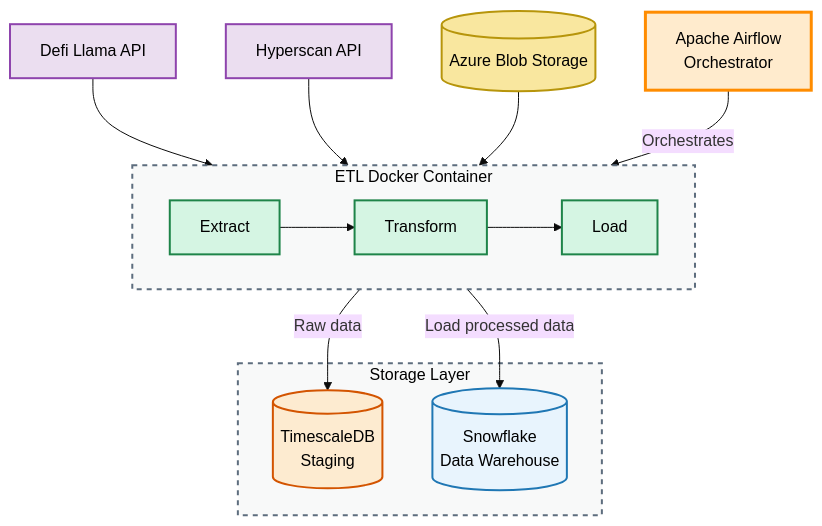
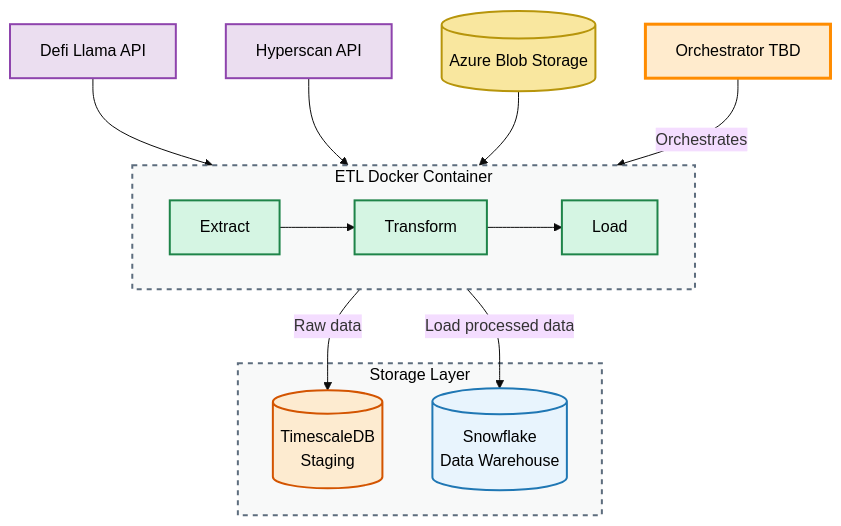
The diagram in README.md (jakobsym/hl_protocol_pipeline), drawn with Mermaid (base theme) before and after one commit.

````diff
--- a/README.md
+++ b/README.md
@@ -5,53 +5,53 @@
 ```mermaid
 flowchart TB
     %% Orchestrator
-    Airflow["Apache Airflow<br/>Orchestrator"]
+    Airflow["Orchestrator TBD"]
 
     %% Data Sources (No subgraph box)
     FinAPI1["Defi Llama API"]
     FinAPI2["Hyperscan API"]
     AzureBlob[("Azure Blob Storage")]
 
     %% ETL Process (Middle Level)
     subgraph ETLContainer["ETL Docker Container"]
         direction LR
         E["Extract"] --> T["Transform"]
         T --> L["Load"]
     end
 
     %% Storage Layer (Bottom Level)
     subgraph Storage["Storage Layer"]
         TimescaleDB[("TimescaleDB<br/>Staging")]
         Snowflake[("Snowflake<br/>Data Warehouse")]
     end
 
     %% Main orchestration flow
     Airflow -->|"Orchestrates"| ETLContainer
 
     %% Data flow from sources to ETL Extract
     FinAPI1 --> E
     FinAPI2 --> E
     AzureBlob --> E
 
     %% ETL data flow
     E -->|"Raw data"| TimescaleDB
     %%T -->|"Read staged data"| TimescaleDB
     L -->|"Load processed data"| Snowflake
 
     %% Styling with black text
     classDef orchestrator fill:#ffebcd,stroke:#ff8c00,stroke-width:3px,color:#000000
     classDef process fill:#d5f5e3,stroke:#1e8449,stroke-width:2px,color:#000000
     classDef database fill:#fdebd0,stroke:#d35400,stroke-width:2px,color:#000000
     classDef warehouse fill:#e8f4fd,stroke:#1f77b4,stroke-width:2px,color:#000000
     classDef storage fill:#f9e79f,stroke:#b7950b,stroke-width:2px,color:#000000
     classDef external fill:#ebdef0,stroke:#8e44ad,stroke-width:2px,color:#000000
     classDef container fill:#f8f9f9,stroke:#5d6d7e,stroke-width:2px,stroke-dasharray:5,color:#000000
 
     class Airflow orchestrator
     class E,T,L process
     class TimescaleDB database
     class Snowflake warehouse
     class AzureBlob storage
     class FinAPI1,FinAPI2 external
     class ETLContainer,Storage container
 ```
````
